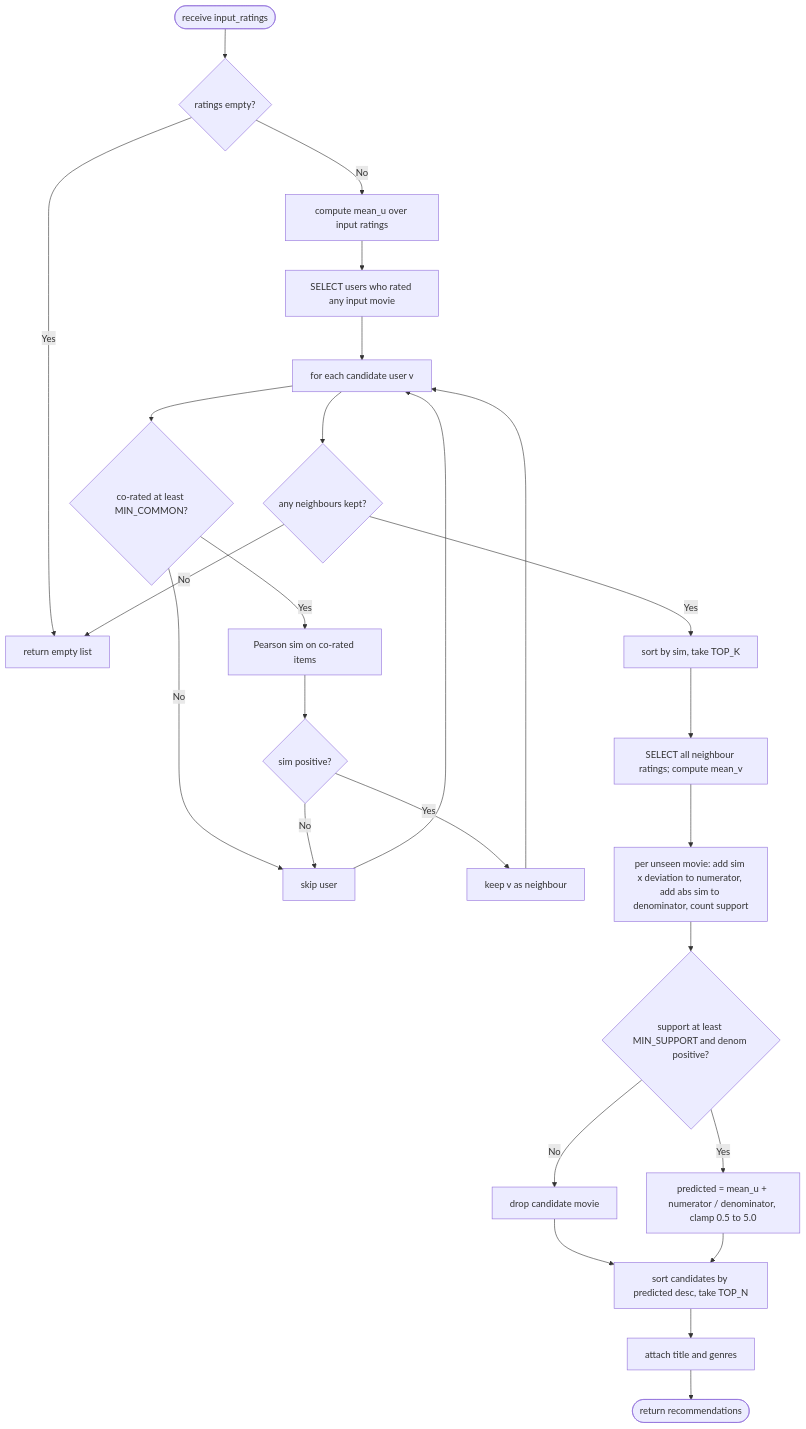
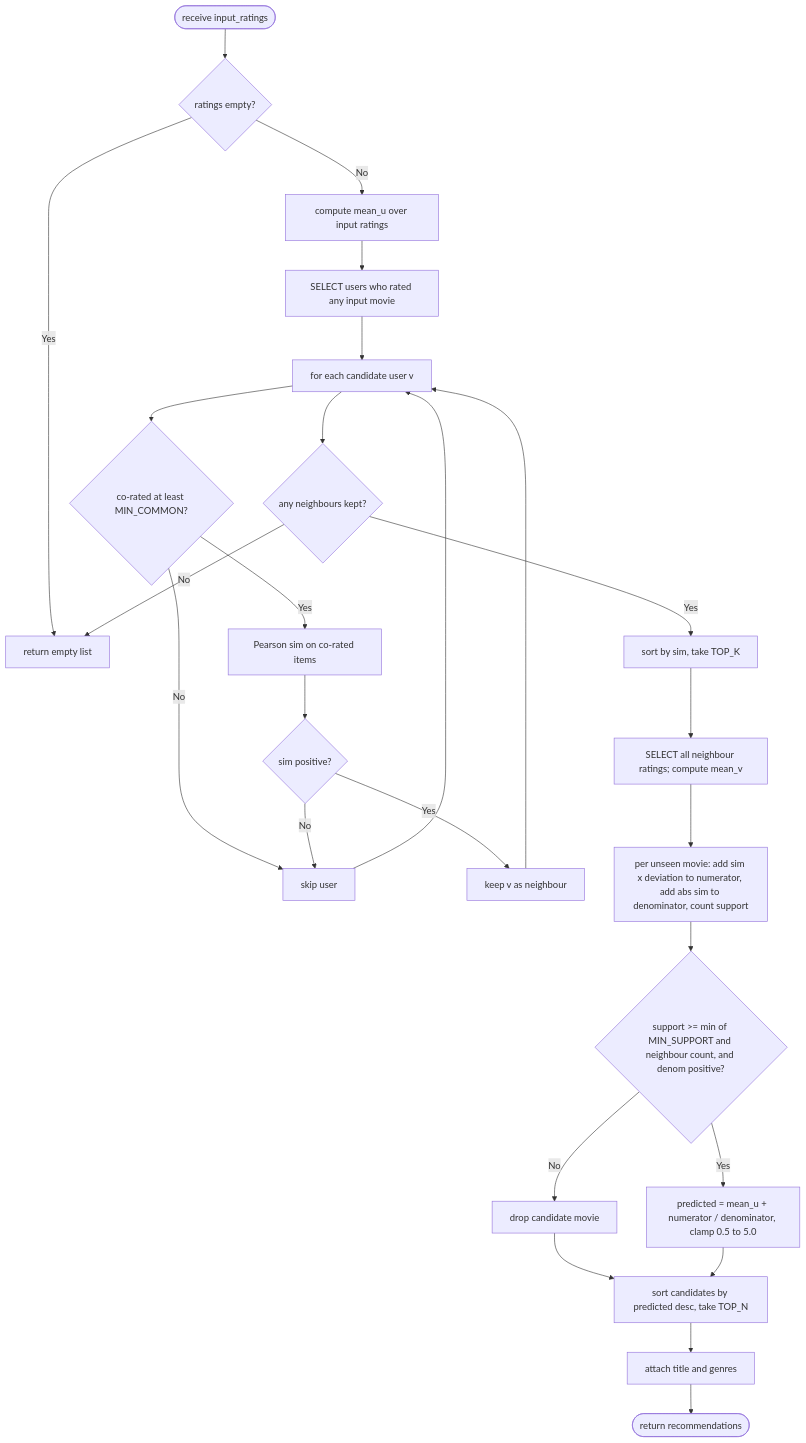
The eighth of 10 diagrams in docs/uml-diagrams.md (agent0cy/ntua-internet), drawn with Mermaid before and after one commit. The commit also changed 2 other files, not shown here.

Commit message:
Sync notes and diagrams with adaptive support threshold
Reflect required_support = min(MIN_SUPPORT, #neighbours) from commit 008c910.

````diff
--- a/docs/uml-diagrams.md
+++ b/docs/uml-diagrams.md
@@ -241,28 +241,28 @@
 ```mermaid
 flowchart TD
     A([receive input_ratings]) --> B{ratings empty?}
     B -- Yes --> Z0[return empty list]
     B -- No --> C[compute mean_u over input ratings]
     C --> D[SELECT users who rated any input movie]
     D --> E[for each candidate user v]
     E --> F{co-rated at least MIN_COMMON?}
     F -- No --> G[skip user]
     G --> E
     F -- Yes --> H[Pearson sim on co-rated items]
     H --> I{sim positive?}
     I -- No --> G
     I -- Yes --> J[keep v as neighbour]
     J --> E
     E --> K{any neighbours kept?}
     K -- No --> Z0
     K -- Yes --> L[sort by sim, take TOP_K]
     L --> M[SELECT all neighbour ratings; compute mean_v]
     M --> N[per unseen movie: add sim x deviation to numerator, add abs sim to denominator, count support]
-    N --> O{support at least MIN_SUPPORT and denom positive?}
+    N --> O{support >= min of MIN_SUPPORT and neighbour count, and denom positive?}
     O -- No --> P[drop candidate movie]
     O -- Yes --> Q[predicted = mean_u + numerator / denominator, clamp 0.5 to 5.0]
     P --> R[sort candidates by predicted desc, take TOP_N]
     Q --> R
     R --> T[attach title and genres]
     T --> U([return recommendations])
 ```
````
